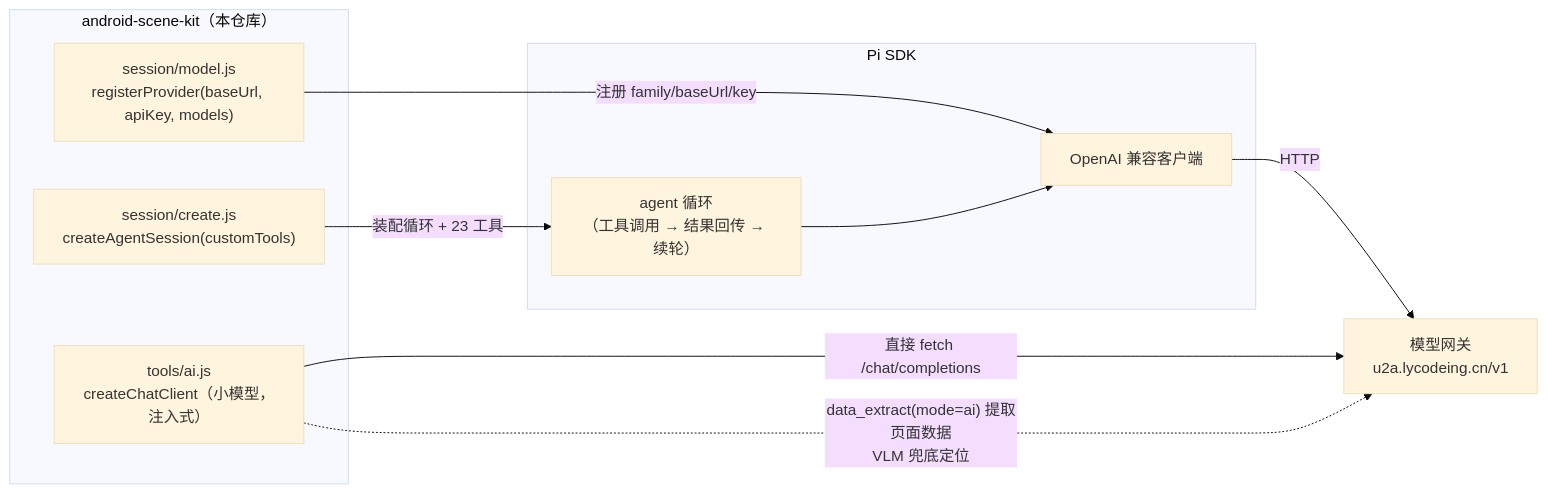
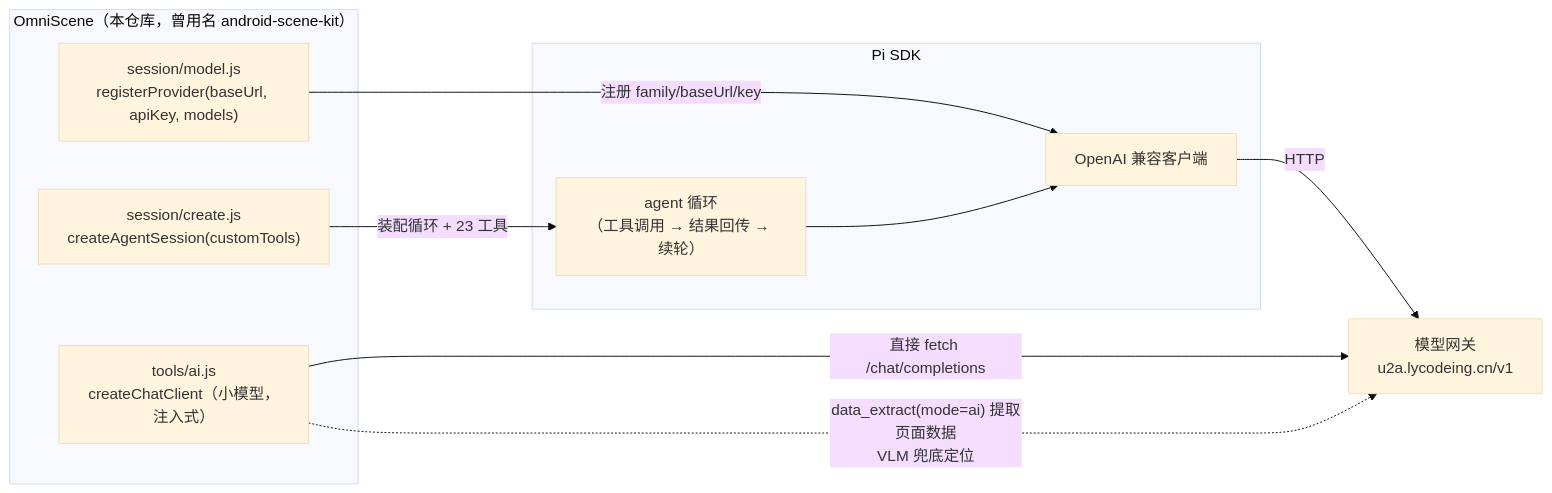
Before and after one commit to lycodeing/omnipilot: the third of 6 diagrams in docs/ARCHITECTURE.md, drawn with Mermaid (base theme). The commit also changed 5 other files, not shown here.

First line of the commit message:
docs: 更名 OmniScene 并补充远程设备与多平台定位

````diff
--- a/docs/ARCHITECTURE.md
+++ b/docs/ARCHITECTURE.md
@@ -135,23 +135,23 @@
 ```mermaid
 flowchart LR
-  subgraph KIT["android-scene-kit（本仓库）"]
+  subgraph KIT["OmniScene（本仓库，曾用名 android-scene-kit）"]
     A["session/model.js<br/>registerProvider(baseUrl, apiKey, models)"]
     B["session/create.js<br/>createAgentSession(customTools)"]
     C["tools/ai.js<br/>createChatClient（小模型，注入式）"]
   end
 
   subgraph PI["Pi SDK"]
     D["agent 循环<br/>（工具调用 → 结果回传 → 续轮）"]
     E["OpenAI 兼容客户端"]
   end
 
   GW["模型网关<br/>u2a.lycodeing.cn/v1"]
 
   A -->|"注册 family/baseUrl/key"| E
   B -->|"装配循环 + 23 工具"| D
   D --> E
   C -->|"直接 fetch /chat/completions"| GW
   E -->|"HTTP"| GW
 
   C -.->|"data_extract(mode=ai) 提取页面数据<br/>VLM 兜底定位"| GW
 ```
````
